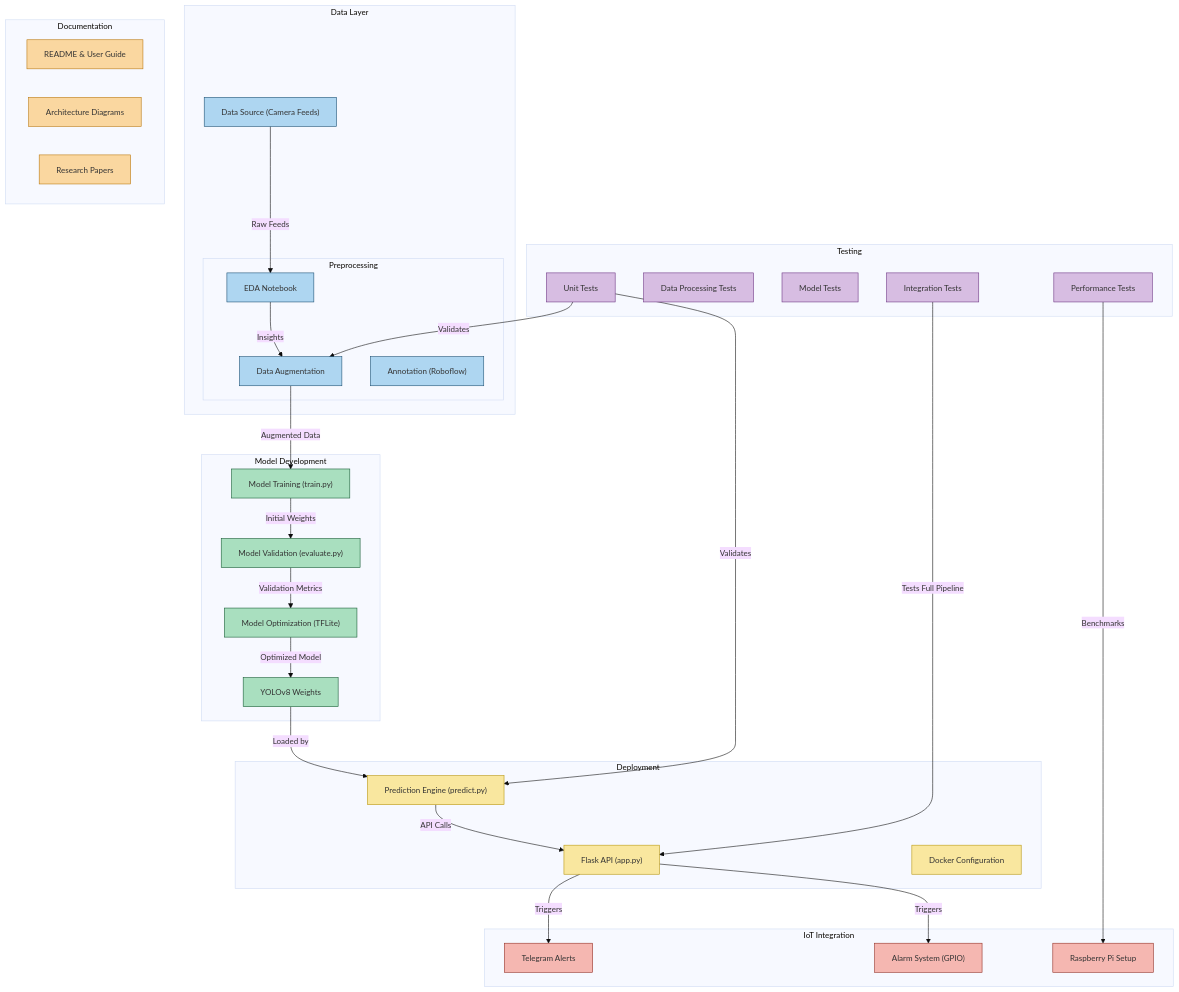
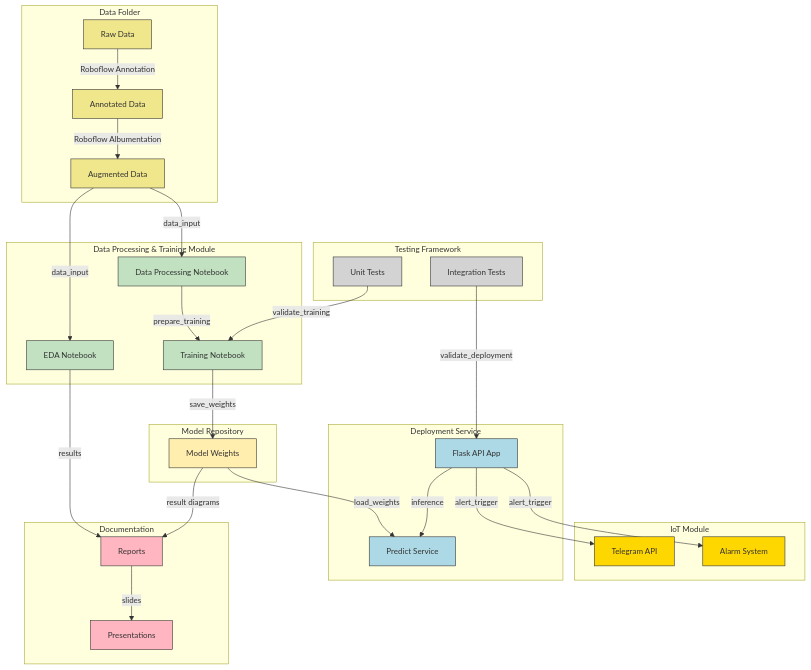
One commit to GalaxyAnnihilator/FireDetectionSystem changed the diagram in diagram.mmd. Above: the diagram before and after it, drawn with Mermaid. The commit also changed 2 other files, not shown here.

Commit message:
modified diagram

```diff
--- a/diagram.mmd
+++ b/diagram.mmd
@@ -1,79 +1,67 @@
-%%{init: {'theme': 'base', 'themeVariables': { 'fontSize': '14px'}}}%%
+---
+config:
+  theme: mc
+  themeVariables:
+    fontSize: 14px
+---
 flowchart TD
-    %% Data Layer
-    subgraph "Data Layer"
-        DS["Data Source (Camera Feeds)"]:::data
-        subgraph "Preprocessing"
-            EDA["EDA Notebook"]:::data
-            DP["Data Augmentation"]:::data
-            AN["Annotation (Roboflow)"]:::data
-        end
+    subgraph "Data Folder"
+        DataRaw["Raw Data"]:::data
+        DataAnnotated["Annotated Data"]:::data
+        DataAugmented["Augmented Data"]:::data
     end
-
-    %% Model Layer
-    subgraph "Model Development"
-        TN["Model Training (train.py)"]:::ml
-        MV["Model Validation (evaluate.py)"]:::ml
-        MO["Model Optimization (TFLite)"]:::ml
-        TM["YOLOv8 Weights"]:::ml
+    subgraph "Data Processing & Training Module"
+        EDA["EDA Notebook"]:::processing
+        DataProcessing["Data Processing Notebook"]:::processing
+        Training["Training Notebook"]:::processing
     end
-
-    %% Deployment Layer
-    subgraph "Deployment"
-        API["Flask API (app.py)"]:::deployment
-        PE["Prediction Engine (predict.py)"]:::deployment
-        DC["Docker Configuration"]:::deployment
+    subgraph "IoT Module"
+        Telegram["Telegram API"]:::iot
+        Alarm["Alarm System"]:::iot
     end
-
-    %% IoT/Alert Layer
-    subgraph "IoT Integration"
-        TA["Telegram Alerts"]:::iot
-        AS["Alarm System (GPIO)"]:::iot
-        HW["Raspberry Pi Setup"]:::iot
+    subgraph "Model Repository"
+        Model["Model Weights"]:::database
     end
-
-    %% Testing Infrastructure
-    subgraph "Testing"
-        UT["Unit Tests"]:::test
-            UT_DP["Data Processing Tests"]:::test
-            UT_ML["Model Tests"]:::test
-        IT["Integration Tests"]:::test
-        PT["Performance Tests"]:::test
+    subgraph "Deployment Service"
+        FlaskApp["Flask API App"]:::deployment
+        Predict["Predict Service"]:::deployment
     end
-
-    %% Documentation
+    subgraph "Testing Framework"
+        UnitTests["Unit Tests"]:::test
+        IntegrationTests["Integration Tests"]:::test
+    end
     subgraph "Documentation"
-        DOC["README & User Guide"]:::doc
-        AD["Architecture Diagrams"]:::doc
-        RP["Research Papers"]:::doc
+        Reports["Reports"]:::doc
+        Presentations["Presentations"]:::doc
     end
-
-    %% Connections
-    DS -->|Raw Feeds| EDA
-    EDA -->|Insights| DP
-    DP -->|Augmented Data| TN
-    TN -->|Initial Weights| MV
-    MV -->|Validation Metrics| MO
-    MO -->|Optimized Model| TM
-    TM -->|Loaded by| PE
-    PE -->|API Calls| API
-    API -->|Triggers| TA
-    API -->|Triggers| AS
-    UT -->|Validates| DP
-    UT -->|Validates| PE
-    IT -->|Tests Full Pipeline| API
-    PT -->|Benchmarks| HW
-
-    %% Click Events (Add your actual GitHub links)
-    click EDA "https://github.com/your-repo"
-    click TN "https://github.com/your-repo"
-    click UT "https://github.com/your-repo"
-    click DC "https://github.com/your-repo"
-
-    %% Styles
-    classDef data fill:#AED6F1,stroke:#1B4F72;
-    classDef ml fill:#A9DFBF,stroke:#145A32;
-    classDef deployment fill:#F9E79F,stroke:#B7950B;
-    classDef iot fill:#F5B7B1,stroke:#922B21;
-    classDef test fill:#D7BDE2,stroke:#6C3483;
-    classDef doc fill:#FAD7A0,stroke:#B9770E;
+    DataRaw -->|"Roboflow Annotation"| DataAnnotated
+    DataAnnotated -->|"Roboflow Albumentation"| DataAugmented
+    DataAugmented -->|"data_input"| DataProcessing
+    DataAugmented -->|"data_input"| EDA
+    EDA -->|"results"| Reports
+    Reports -->|"slides"| Presentations
+    DataProcessing -->|"prepare_training"| Training
+    Training -->|"save_weights"| Model
+    Model -->|"load_weights"| Predict
+    Model -->|"result diagrams"| Reports
+    FlaskApp -->|"inference"| Predict
+    FlaskApp -->|"alert_trigger"| Telegram
+    FlaskApp -->|"alert_trigger"| Alarm
+    UnitTests -->|"validate_training"| Training
+    IntegrationTests -->|"validate_deployment"| FlaskApp
+    click EDA "https://github.com/galaxyannihilator/firedetectionsystem/blob/main/src/EDA.ipynb"
+    click DataProcessing "https://github.com/galaxyannihilator/firedetectionsystem/blob/main/src/data_processing.ipynb"
+    click Training "https://github.com/galaxyannihilator/firedetectionsystem/blob/main/src/train_model.ipynb"
+    click Alarm "https://github.com/galaxyannihilator/firedetectionsystem/blob/main/src/iot/alarm_system.py"
+    click Telegram "https://github.com/galaxyannihilator/firedetectionsystem/blob/main/src/iot/telegram_api.py"
+    click Model "https://github.com/galaxyannihilator/firedetectionsystem/blob/main/models/best.pt"
+    click FlaskApp "https://github.com/galaxyannihilator/firedetectionsystem/blob/main/deployment/app.py"
+    click Predict "https://github.com/galaxyannihilator/firedetectionsystem/blob/main/deployment/predict.py"
+    click UnitTests "https://github.com/galaxyannihilator/firedetectionsystem/tree/main/tests/"
+    classDef data fill:#F0E68C,stroke:#333;
+    classDef processing fill:#C1E1C1,stroke:#333;
+    classDef iot fill:#FFD700,stroke:#333;
+    classDef database fill:#FFEEAD,stroke:#333;
+    classDef deployment fill:#ADD8E6,stroke:#333;
+    classDef test fill:#D3D3D3,stroke:#333;
+    classDef doc fill:#FFB6C1,stroke:#333;
```
